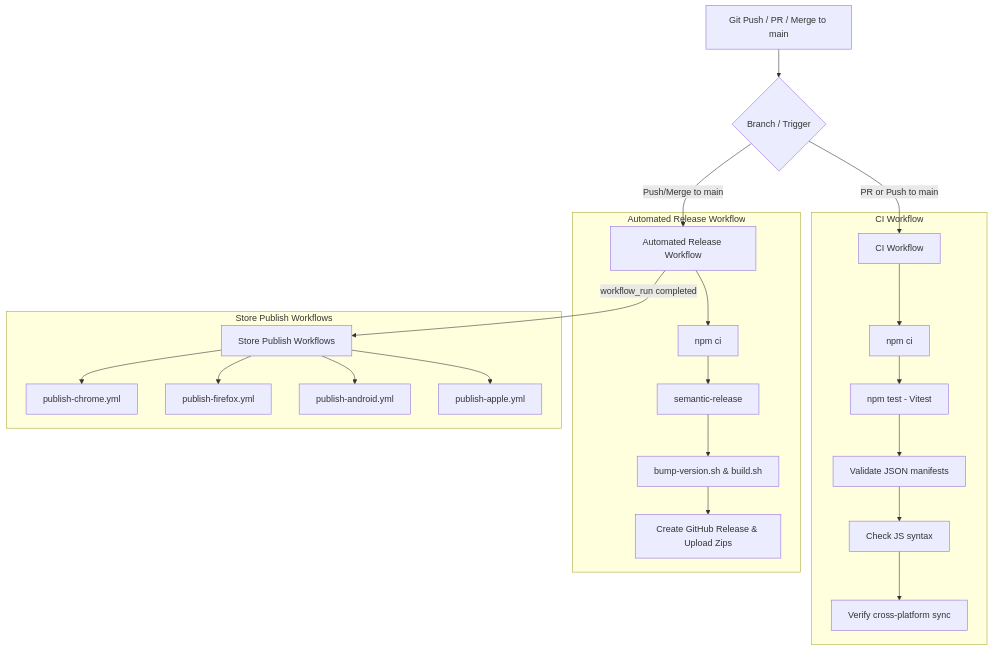
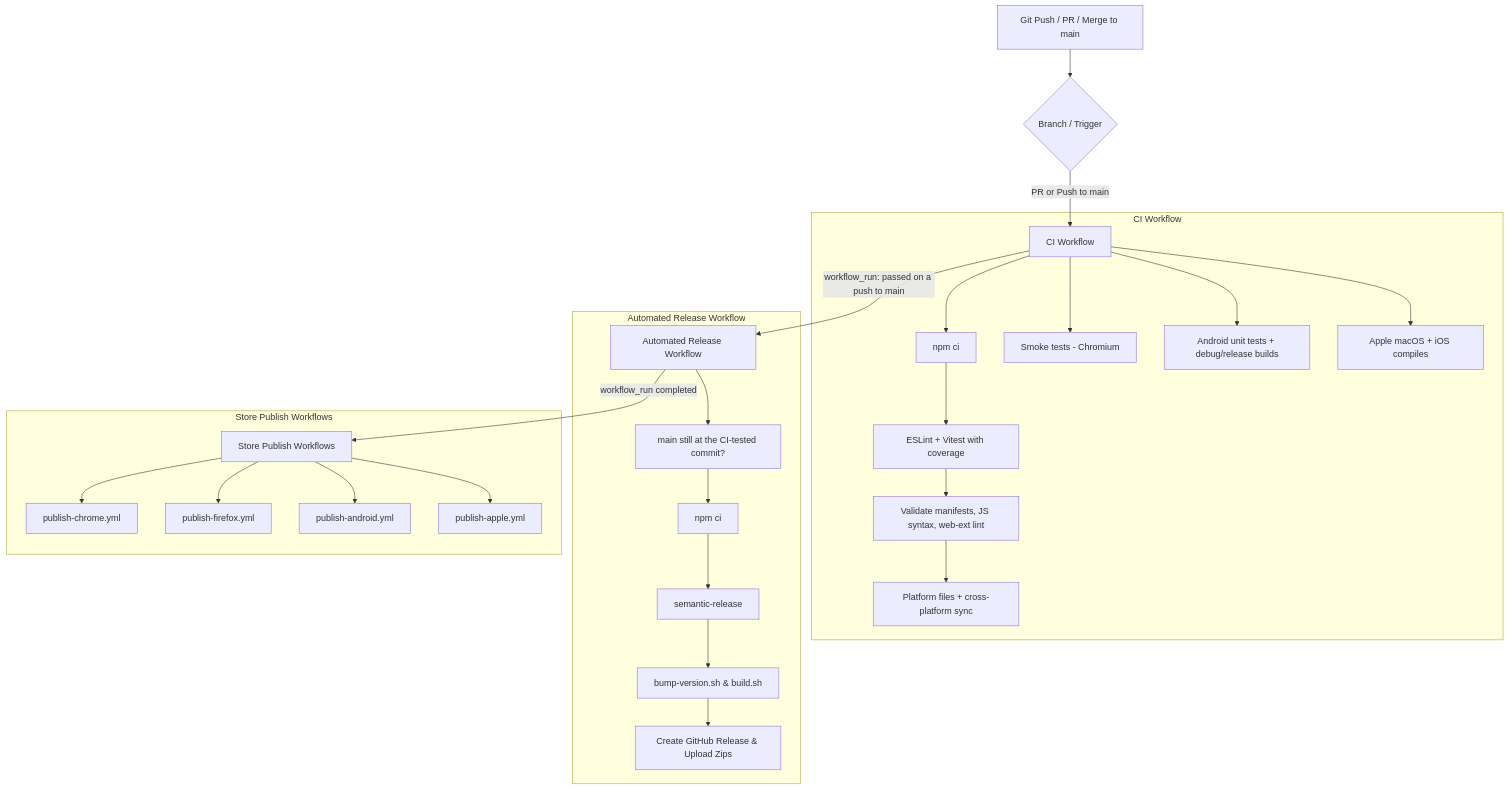
Before and after one commit to MaybeItsSoftware/intention: the diagram in DEVOPS.md, drawn with Mermaid. The commit also changed other lines of this file and 14 other files, not shown here.

First line of the commit message:
chore(ci): release only after green CI, pin actions, publish the exact release commit

````diff
--- a/DEVOPS.md
+++ b/DEVOPS.md
@@ -159,29 +159,32 @@
 ```mermaid
 graph TD
     A[Git Push / PR / Merge to main] --> B{Branch / Trigger}
     B -- PR or Push to main --> C[CI Workflow]
-    B -- Push/Merge to main --> D[Automated Release Workflow]
+    C -- workflow_run: passed on a push to main --> D[Automated Release Workflow]
     D -- workflow_run completed --> E[Store Publish Workflows]
     
     subgraph CI Workflow
         C --> C1[npm ci]
-        C1 --> C2[npm test - Vitest]
-        C2 --> C3[Validate JSON manifests]
-        C3 --> C4[Check JS syntax]
-        C4 --> C5[Verify cross-platform sync]
+        C1 --> C2[ESLint + Vitest with coverage]
+        C2 --> C3[Validate manifests, JS syntax, web-ext lint]
+        C3 --> C4[Platform files + cross-platform sync]
+        C --> C5[Smoke tests - Chromium]
+        C --> C6[Android unit tests + debug/release builds]
+        C --> C7[Apple macOS + iOS compiles]
     end
     
     subgraph Automated Release Workflow
-        D --> D1[npm ci]
+        D --> D0[main still at the CI-tested commit?]
+        D0 --> D1[npm ci]
         D1 --> D2[semantic-release]
         D2 --> D3[bump-version.sh & build.sh]
         D3 --> D4[Create GitHub Release & Upload Zips]
     end
 
     subgraph Store Publish Workflows
         E --> E1[publish-chrome.yml]
         E --> E2[publish-firefox.yml]
         E --> E3[publish-android.yml]
         E --> E4[publish-apple.yml]
     end
 ```
````
